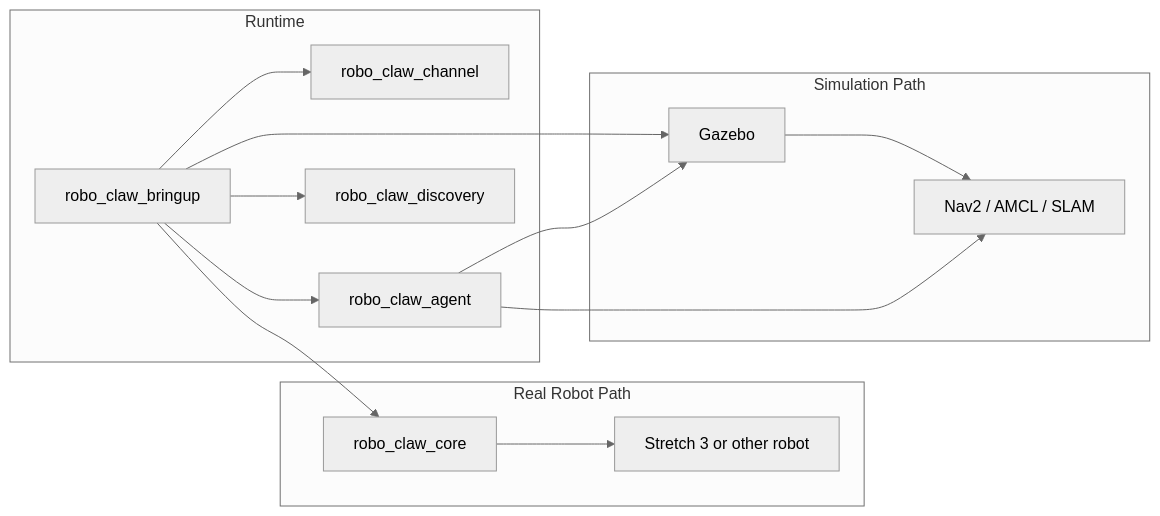
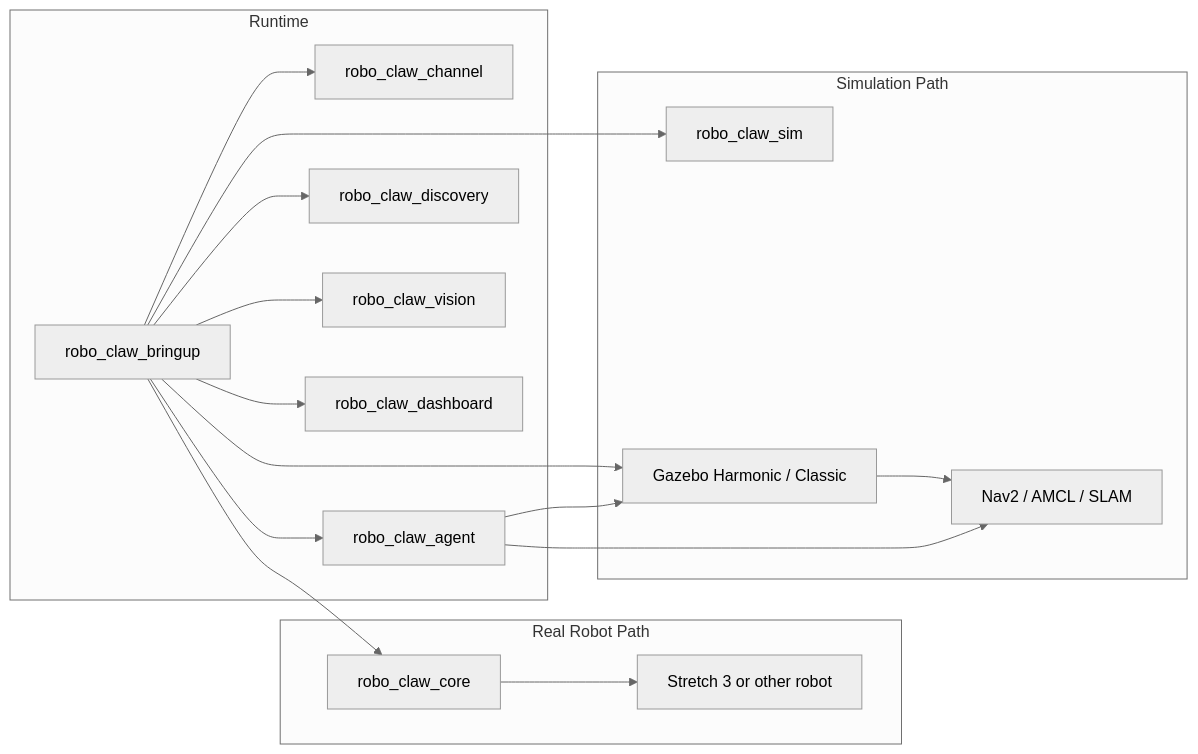
One commit to Open-Edge-Robotics/A.RobotAI-Robot-RoboClaw changed the second of 2 diagrams in docs/opencode/architecture.md. Above: the diagram before and after it, drawn with Mermaid (neutral theme). The commit also changed other lines of this file and 33 other files, not shown here.

````diff
--- a/docs/opencode/architecture.md
+++ b/docs/opencode/architecture.md
@@ -39,29 +44,35 @@
 ```mermaid
 graph LR
     subgraph Runtime
         BR[robo_claw_bringup]
         CH[robo_claw_channel]
         AG[robo_claw_agent]
         DISC[robo_claw_discovery]
+        VISION[robo_claw_vision]
+        DASH[robo_claw_dashboard]
     end
 
     subgraph Real Robot Path
         CORE[robo_claw_core]
         HW[Stretch 3 or other robot]
     end
 
     subgraph Simulation Path
-        GZ[Gazebo]
+        STUB[robo_claw_sim]
+        GZ[Gazebo Harmonic / Classic]
         NAV2[Nav2 / AMCL / SLAM]
     end
 
     BR --> CH
     BR --> AG
     BR --> DISC
     BR --> CORE
+    BR --> VISION
+    BR --> DASH
+    BR --> STUB
     BR --> GZ
     GZ --> NAV2
     CORE --> HW
     AG --> NAV2
     AG --> GZ
 ```
````
